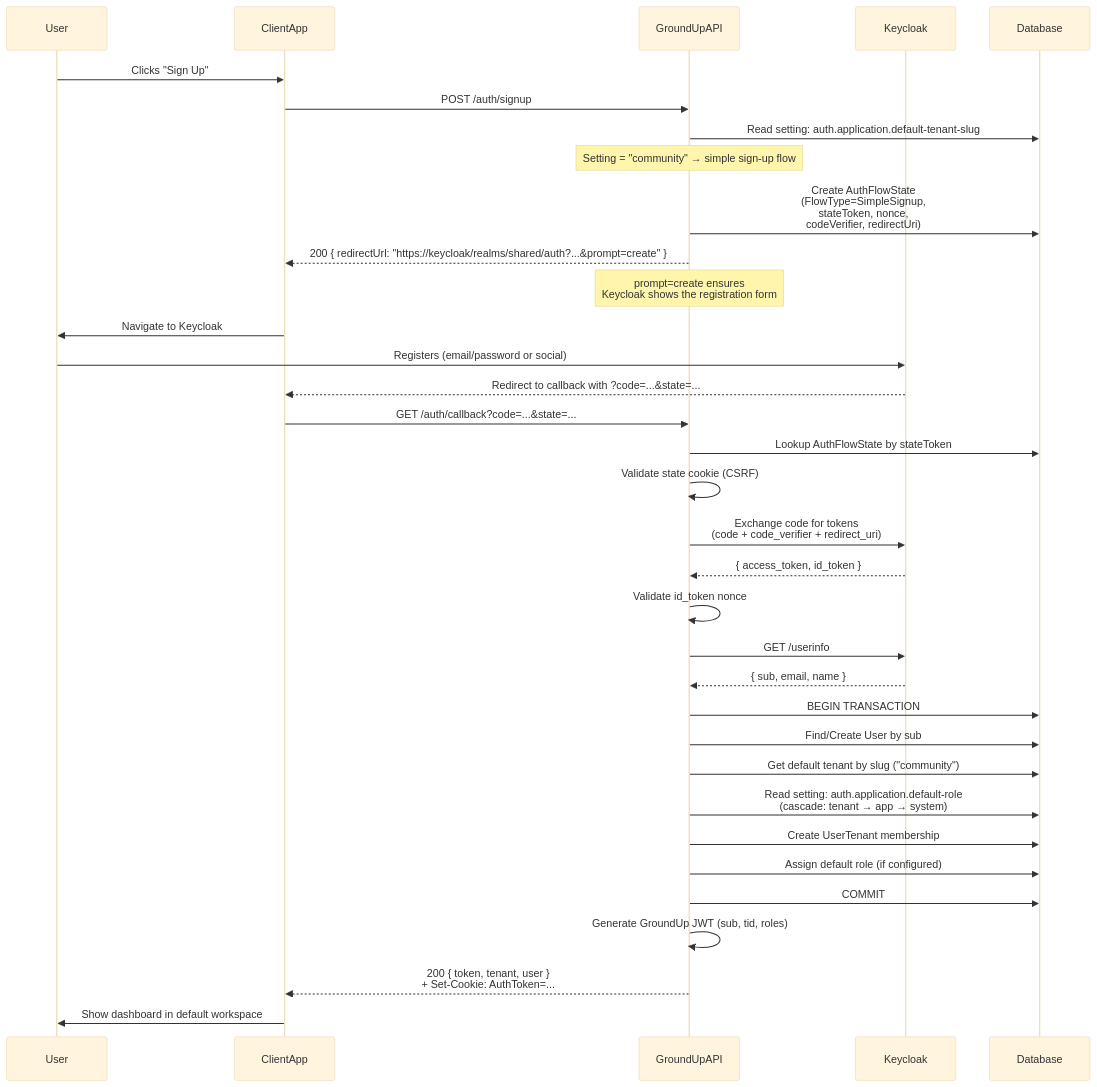
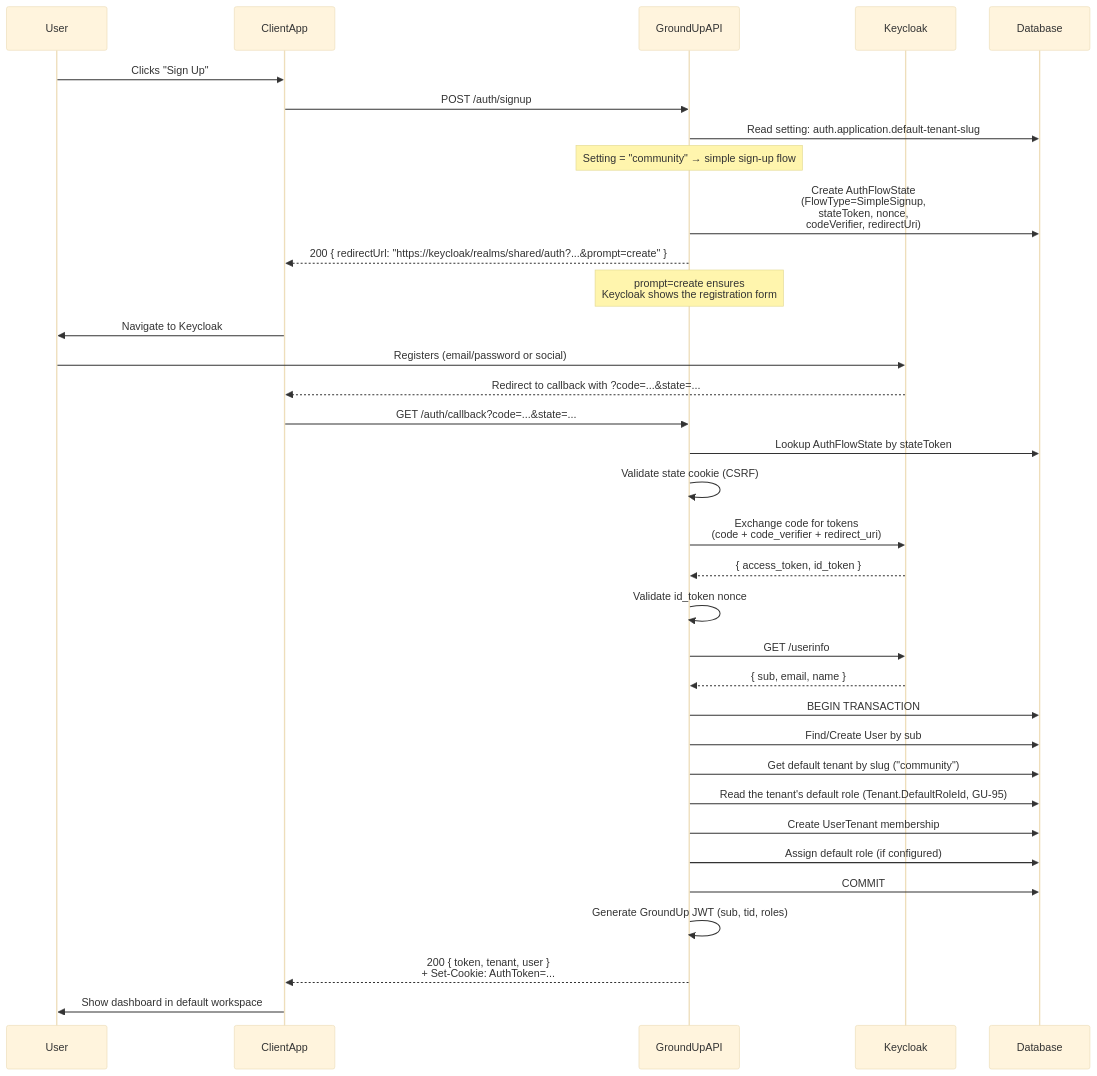
Before and after one commit to rsbst23/groundup: the first of 23 diagrams in .kiro/specs/phase-10-cleanup/auth-flows-design.md, drawn with Mermaid (base theme). The commit also changed 4 other files, not shown here.

Commit message:
GU-95 task 4: roles docs (architecture, API guide, build phases)

````diff
--- a/.kiro/specs/phase-10-cleanup/auth-flows-design.md
+++ b/.kiro/specs/phase-10-cleanup/auth-flows-design.md
@@ -90,37 +90,37 @@
 ```mermaid
 sequenceDiagram
     participant User
     participant ClientApp
     participant GroundUpAPI
     participant Keycloak
     participant Database
 
     User->>ClientApp: Clicks "Sign Up"
     ClientApp->>GroundUpAPI: POST /auth/signup
     GroundUpAPI->>Database: Read setting: auth.application.default-tenant-slug
     Note over GroundUpAPI: Setting = "community" → simple sign-up flow
     GroundUpAPI->>Database: Create AuthFlowState<br/>(FlowType=SimpleSignup,<br/>stateToken, nonce,<br/>codeVerifier, redirectUri)
     GroundUpAPI-->>ClientApp: 200 { redirectUrl: "https://keycloak/realms/shared/auth?...&prompt=create" }
     Note over GroundUpAPI: prompt=create ensures<br/>Keycloak shows the registration form
     ClientApp->>User: Navigate to Keycloak
     User->>Keycloak: Registers (email/password or social)
     Keycloak-->>ClientApp: Redirect to callback with ?code=...&state=...
     ClientApp->>GroundUpAPI: GET /auth/callback?code=...&state=...
     GroundUpAPI->>Database: Lookup AuthFlowState by stateToken
     GroundUpAPI->>GroundUpAPI: Validate state cookie (CSRF)
     GroundUpAPI->>Keycloak: Exchange code for tokens<br/>(code + code_verifier + redirect_uri)
     Keycloak-->>GroundUpAPI: { access_token, id_token }
     GroundUpAPI->>GroundUpAPI: Validate id_token nonce
     GroundUpAPI->>Keycloak: GET /userinfo
     Keycloak-->>GroundUpAPI: { sub, email, name }
     GroundUpAPI->>Database: BEGIN TRANSACTION
     GroundUpAPI->>Database: Find/Create User by sub
     GroundUpAPI->>Database: Get default tenant by slug ("community")
-    GroundUpAPI->>Database: Read setting: auth.application.default-role<br/>(cascade: tenant → app → system)
+    GroundUpAPI->>Database: Read the tenant's default role (Tenant.DefaultRoleId, GU-95)
     GroundUpAPI->>Database: Create UserTenant membership
     GroundUpAPI->>Database: Assign default role (if configured)
     GroundUpAPI->>Database: COMMIT
     GroundUpAPI->>GroundUpAPI: Generate GroundUp JWT (sub, tid, roles)
     GroundUpAPI-->>ClientApp: 200 { token, tenant, user }<br/>+ Set-Cookie: AuthToken=...
     ClientApp->>User: Show dashboard in default workspace
 ```
````
